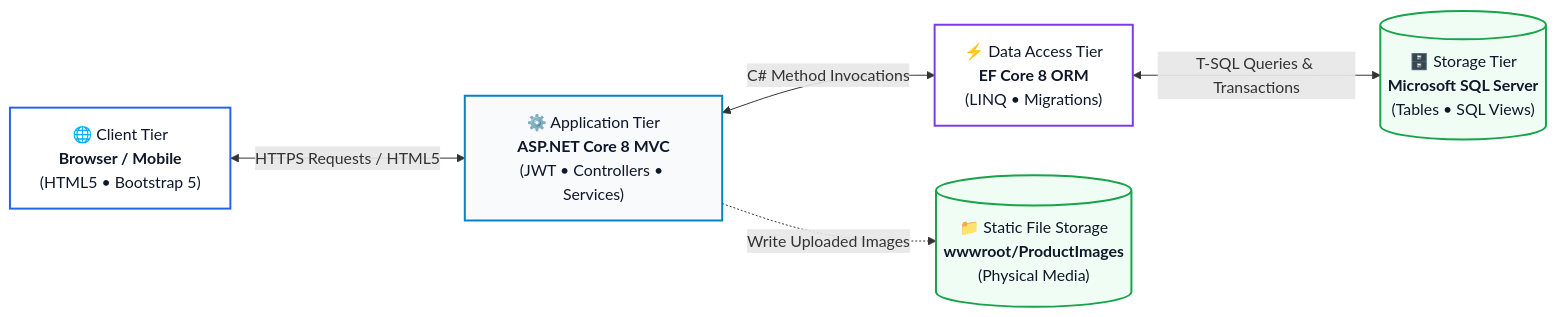
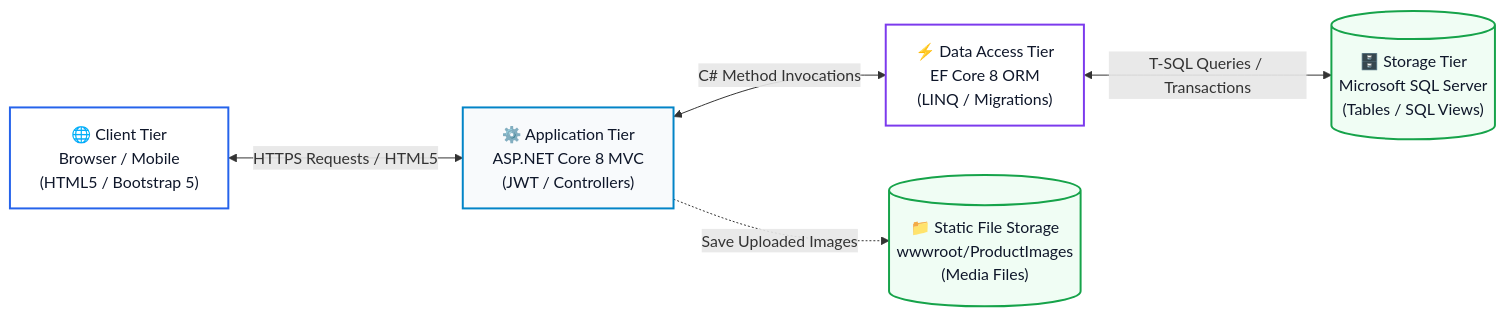
Before and after one commit to Bahar0900/Productstore: the first of 7 diagrams in README.md, drawn with Mermaid. The commit also changed other lines of this file, not shown here.

Commit message:
fix(docs): quote all mermaid edge labels to resolve GitHub parse error

````diff
--- a/README.md
+++ b/README.md
@@ -59,19 +59,18 @@
 ```mermaid
 flowchart LR
-    %% Clean White/Pastel Theme
     classDef client fill:#ffffff,stroke:#2563eb,stroke-width:2px,color:#0f172a;
     classDef app fill:#f8fafc,stroke:#0284c7,stroke-width:2px,color:#0f172a;
     classDef orm fill:#ffffff,stroke:#7c3aed,stroke-width:2px,color:#0f172a;
     classDef data fill:#f0fdf4,stroke:#16a34a,stroke-width:2px,color:#0f172a;
 
-    Client["🌐 Client Tier<br/><b>Browser / Mobile</b><br/>(HTML5 • Bootstrap 5)"]:::client
-    App["⚙️ Application Tier<br/><b>ASP.NET Core 8 MVC</b><br/>(JWT • Controllers • Services)"]:::app
-    ORM["⚡ Data Access Tier<br/><b>EF Core 8 ORM</b><br/>(LINQ • Migrations)"]:::orm
-    DB[("🗄️ Storage Tier<br/><b>Microsoft SQL Server</b><br/>(Tables • SQL Views)")]:::data
-    Disk[("📁 Static File Storage<br/><b>wwwroot/ProductImages</b><br/>(Physical Media)")]:::data
+    Client["🌐 Client Tier<br/>Browser / Mobile<br/>(HTML5 / Bootstrap 5)"]:::client
+    App["⚙️ Application Tier<br/>ASP.NET Core 8 MVC<br/>(JWT / Controllers)"]:::app
+    ORM["⚡ Data Access Tier<br/>EF Core 8 ORM<br/>(LINQ / Migrations)"]:::orm
+    DB[("🗄️ Storage Tier<br/>Microsoft SQL Server<br/>(Tables / SQL Views)")]:::data
+    Disk[("📁 Static File Storage<br/>wwwroot/ProductImages<br/>(Media Files)")]:::data
 
-    Client <-->|HTTPS Requests / HTML5| App
-    App <-->|C# Method Invocations| ORM
-    ORM <-->|T-SQL Queries & Transactions| DB
-    App -.->|Write Uploaded Images| Disk
+    Client <-->|"HTTPS Requests / HTML5"| App
+    App <-->|"C# Method Invocations"| ORM
+    ORM <-->|"T-SQL Queries / Transactions"| DB
+    App -.->|"Save Uploaded Images"| Disk
 ```
````
